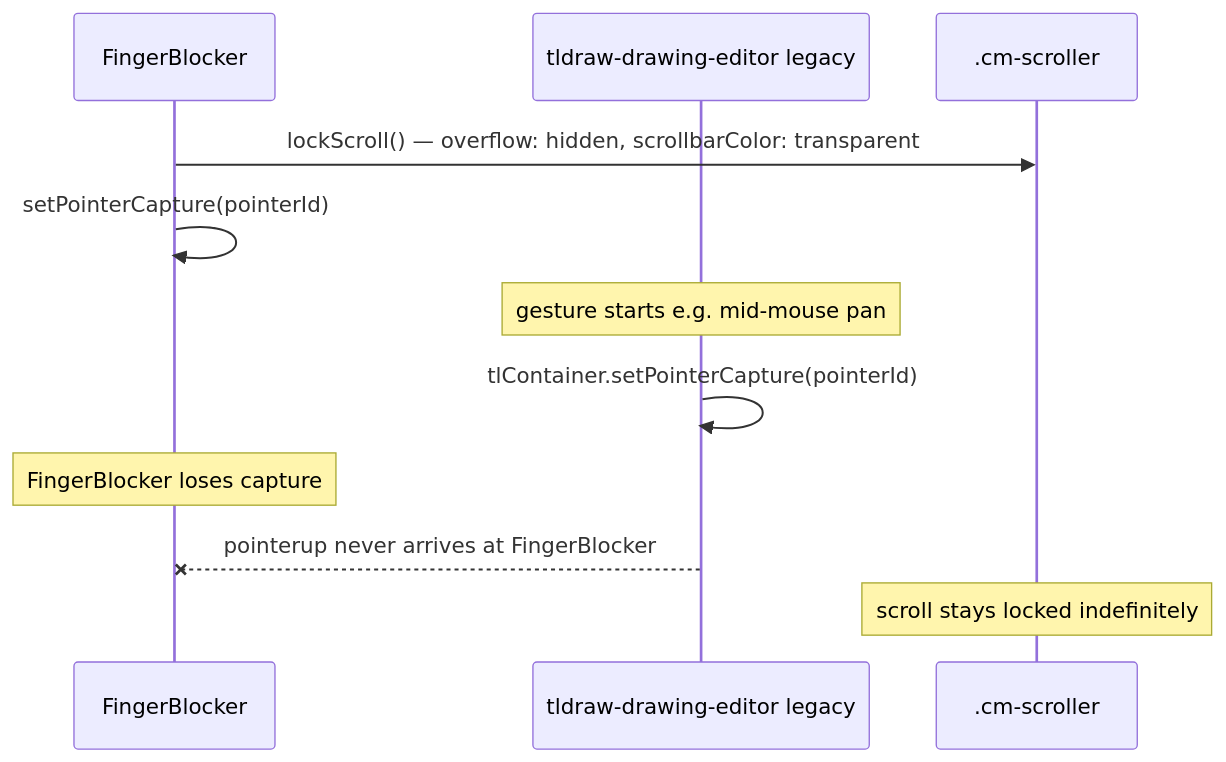
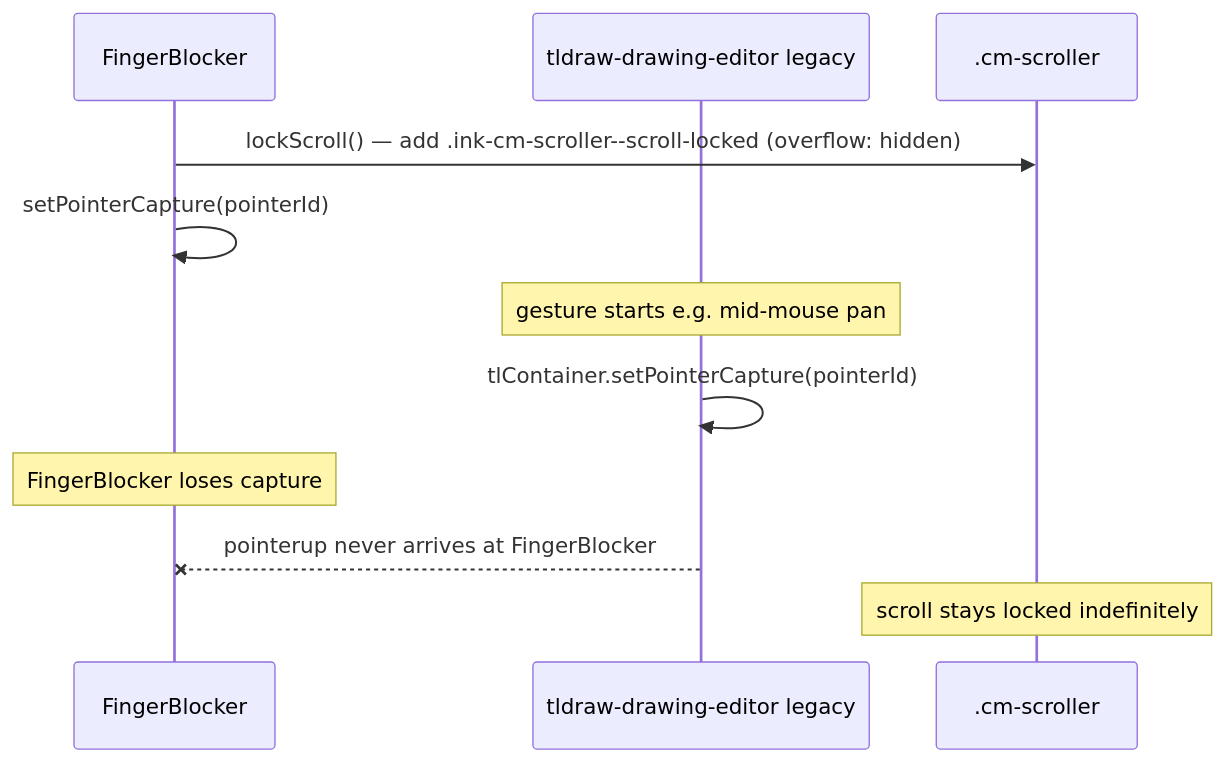
The eighth of 8 diagrams in docs/embed-scrolling.md (daledesilva/obsidian_ink), drawn with Mermaid before and after one commit. The commit also changed other lines of this file and 11 other files, not shown here.

First line of the commit message:
fix: pen scroll-lock no longer reflows the note

````diff
--- a/docs/embed-scrolling.md
+++ b/docs/embed-scrolling.md
@@ -273,16 +281,16 @@
 ```mermaid
 sequenceDiagram
     participant FB as FingerBlocker
     participant TDE as tldraw-drawing-editor legacy
     participant CMS as .cm-scroller
 
-    FB->>CMS: lockScroll() — overflow: hidden, scrollbarColor: transparent
+    FB->>CMS: lockScroll() — add .ink-cm-scroller--scroll-locked (overflow: hidden)
     FB->>FB: setPointerCapture(pointerId)
 
     Note over TDE: gesture starts e.g. mid-mouse pan
     TDE->>TDE: tlContainer.setPointerCapture(pointerId)
     Note over FB: FingerBlocker loses capture
 
     TDE--xFB: pointerup never arrives at FingerBlocker
     Note over CMS: scroll stays locked indefinitely
 ```
````
